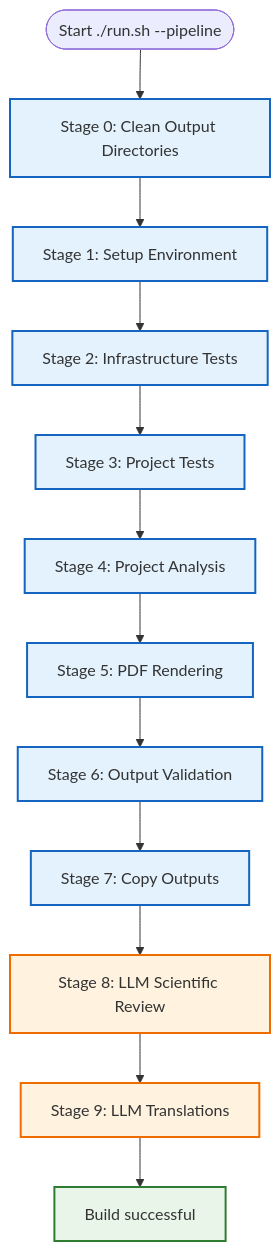
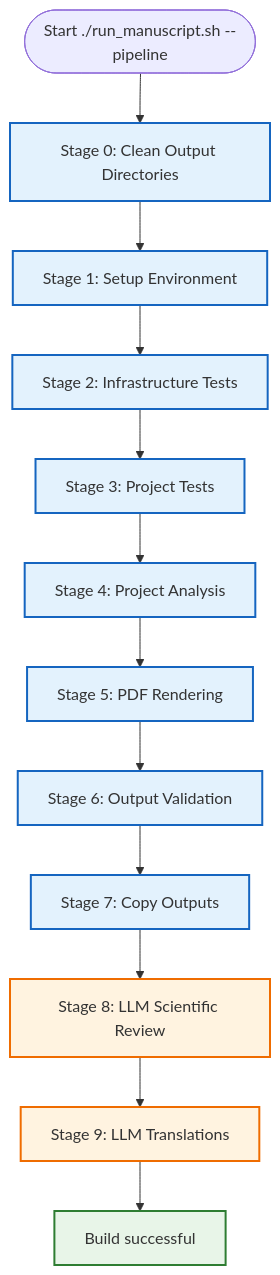
The second of 2 diagrams in docs/BUILD_SYSTEM.md (docxology/template), drawn with Mermaid before and after one commit. The commit also changed other lines of this file and 734 other files, not shown here.

````diff
--- a/docs/BUILD_SYSTEM.md
+++ b/docs/BUILD_SYSTEM.md
@@ -84,23 +84,23 @@
 ```mermaid
 flowchart TD
-    START([Start ./run.sh --pipeline]) --> CLEAN[Stage 0: Clean Output Directories]
+    START([Start ./run_manuscript.sh --pipeline]) --> CLEAN[Stage 0: Clean Output Directories]
     CLEAN --> SETUP[Stage 1: Setup Environment]
     SETUP --> INFRA_TESTS[Stage 2: Infrastructure Tests]
     INFRA_TESTS --> PROJ_TESTS[Stage 3: Project Tests]
     PROJ_TESTS --> ANALYSIS[Stage 4: Project Analysis]
     ANALYSIS --> PDF[Stage 5: PDF Rendering]
     PDF --> VALIDATE[Stage 6: Output Validation]
     VALIDATE --> COPY[Stage 7: Copy Outputs]
     COPY --> LLM_REVIEW[Stage 8: LLM Scientific Review]
     LLM_REVIEW --> LLM_TRANSLATE[Stage 9: LLM Translations]
     LLM_TRANSLATE --> SUCCESS[Build successful]
 
     classDef success fill:#e8f5e8,stroke:#2e7d32,stroke-width:2px
     classDef failure fill:#ffebee,stroke:#c62828,stroke-width:2px
     classDef process fill:#e3f2fd,stroke:#1565c0,stroke-width:2px
     classDef optional fill:#fff3e0,stroke:#ef6c00,stroke-width:2px
 
     class SUCCESS success
     class LLM_REVIEW,LLM_TRANSLATE optional
     class CLEAN,SETUP,INFRA_TESTS,PROJ_TESTS,ANALYSIS,PDF,VALIDATE,COPY process
 ```
````
